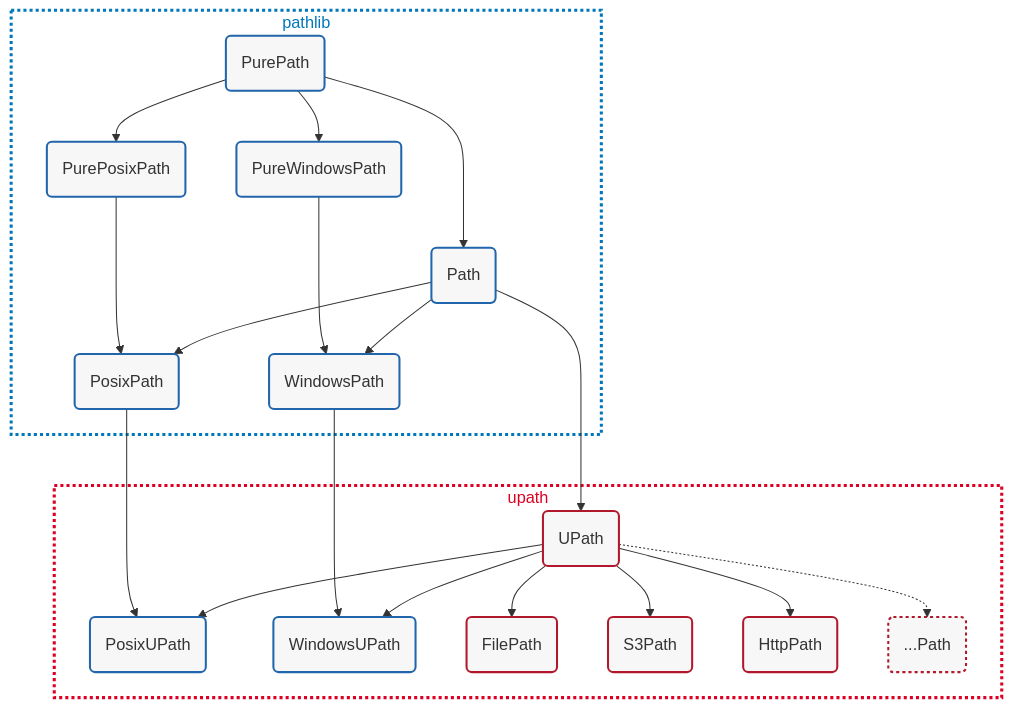
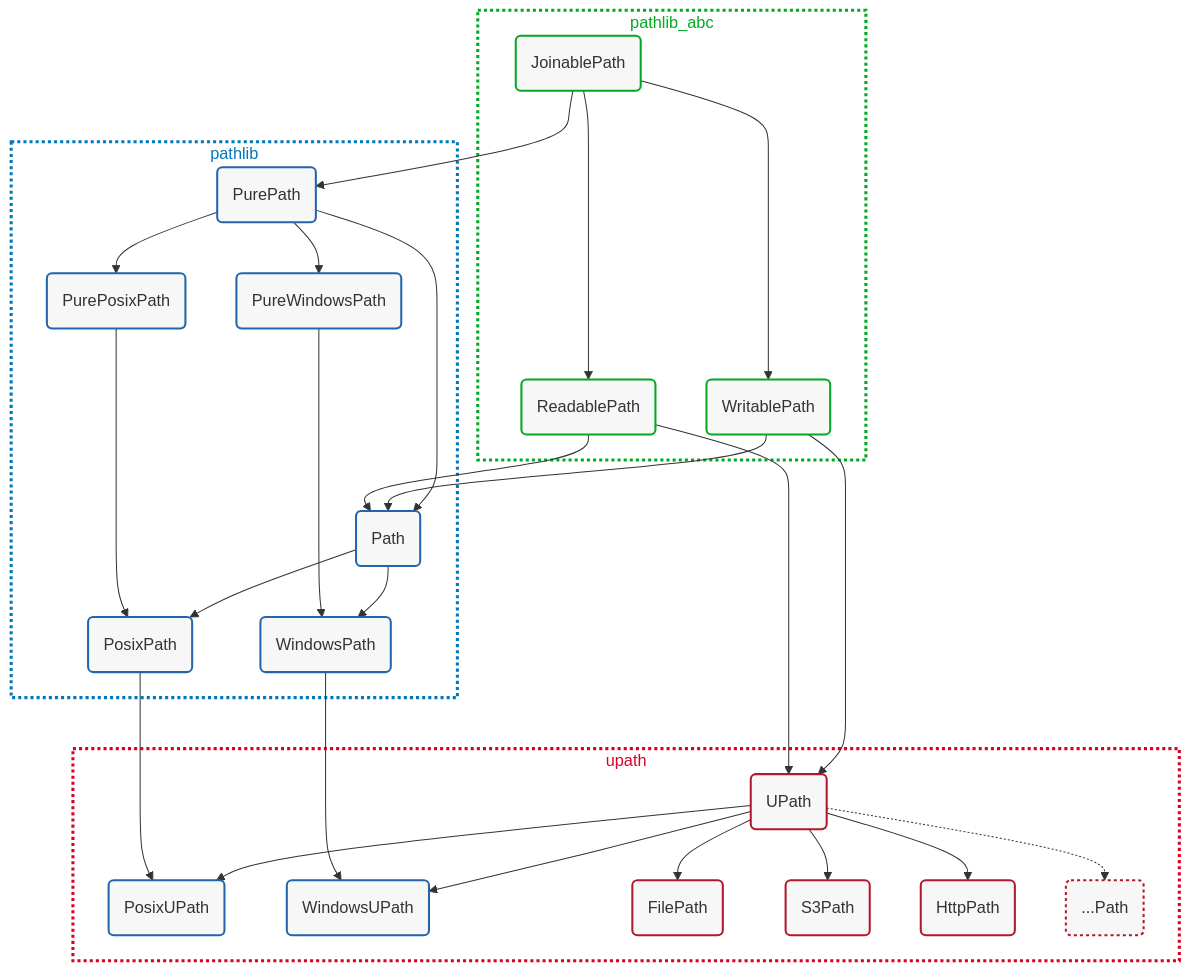
Before and after one commit to fsspec/universal_pathlib: the diagram in README.md, drawn with Mermaid. The commit also changed other lines of this file and 3 other files, not shown here.

````diff
--- a/README.md
+++ b/README.md
@@ -112,50 +116,70 @@
 ```mermaid
 flowchart TB
+
+  subgraph p0[pathlib_abc]
+    X ----> Y
+    X ----> Z
+  end
+
   subgraph s0[pathlib]
-    A---> B
+    X --> A
+
+    A----> B
     A--> AP
     A--> AW
 
+    Y --> B
+    Z --> B
+
     B--> BP
-    AP---> BP
+    AP----> BP
     B--> BW
-    AW---> BW
+    AW----> BW
   end
   subgraph s1[upath]
-    B ---> U
+    Y ---> U
+    Z ---> U
+
     U --> UP
     U --> UW
-    BP --> UP
-    BW --> UW
+    BP ---> UP
+    BW ---> UW
     U --> UL
     U --> US3
     U --> UH
     U -.-> UO
   end
+
+  X(JoinablePath)
+  Y(WritablePath)
+  Z(ReadablePath)
 
   A(PurePath)
   AP(PurePosixPath)
   AW(PureWindowsPath)
   B(Path)
   BP(PosixPath)
   BW(WindowsPath)
 
   U(UPath)
   UP(PosixUPath)
   UW(WindowsUPath)
   UL(FilePath)
   US3(S3Path)
   UH(HttpPath)
   UO(...Path)
 
+  classDef na fill:#f7f7f7,stroke:#02a822,stroke-width:2px,color:#333
   classDef np fill:#f7f7f7,stroke:#2166ac,stroke-width:2px,color:#333
   classDef nu fill:#f7f7f7,stroke:#b2182b,stroke-width:2px,color:#333
 
+  class X,Y,Z na
   class A,AP,AW,B,BP,BW,UP,UW np
   class U,UL,US3,UH,UO nu
 
   style UO stroke-dasharray: 3 3
 
+  style p0 fill:none,stroke:#0a2,stroke-width:3px,stroke-dasharray:3,color:#0a2
   style s0 fill:none,stroke:#07b,stroke-width:3px,stroke-dasharray:3,color:#07b
   style s1 fill:none,stroke:#d02,stroke-width:3px,stroke-dasharray:3,color:#d02
 ```
````
